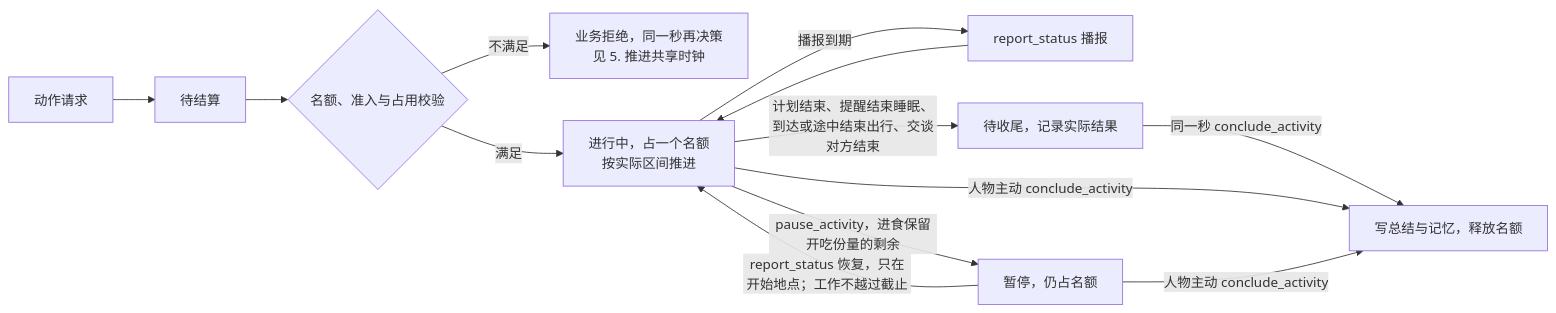
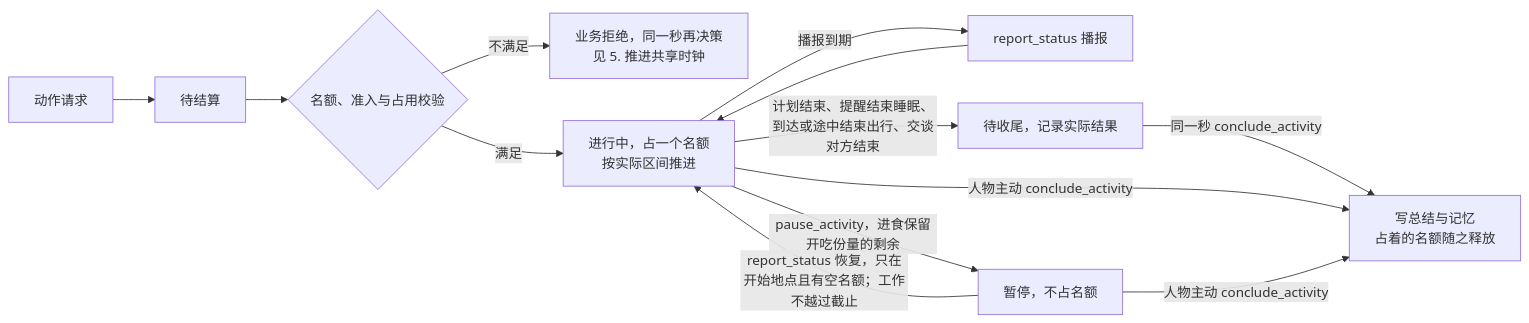
Before and after one commit to HoldThatThgt/WorldMock: the seventh of 12 diagrams in docs/design/04-simulation-engine.md, drawn with Mermaid. The commit also changed other lines of this file and 12 other files, not shown here.

````diff
--- a/docs/design/04-simulation-engine.md
+++ b/docs/design/04-simulation-engine.md
@@ -663,15 +666,15 @@
 ```mermaid
 flowchart LR
     R[动作请求] --> Q[待结算]
     Q --> V{名额、准入与占用校验}
     V -->|不满足| J[业务拒绝，同一秒再决策<br/>见 5. 推进共享时钟]
     V -->|满足| A[进行中，占一个名额<br/>按实际区间推进]
     A -->|播报到期| B[report_status 播报]
     B --> A
-    A -->|pause_activity，进食保留开吃份量的剩余| PZ[暂停，仍占名额]
-    PZ -->|report_status 恢复，只在开始地点；工作不越过截止| A
+    A -->|pause_activity，进食保留开吃份量的剩余| PZ[暂停，不占名额]
+    PZ -->|report_status 恢复，只在开始地点且有空名额；工作不越过截止| A
     A -->|计划结束、提醒结束睡眠、到达或途中结束出行、交谈对方结束| E[待收尾，记录实际结果]
-    E -->|同一秒 conclude_activity| C[写总结与记忆，释放名额]
+    E -->|同一秒 conclude_activity| C[写总结与记忆<br/>占着的名额随之释放]
     A -->|人物主动 conclude_activity| C
     PZ -->|人物主动 conclude_activity| C
 ```
````
